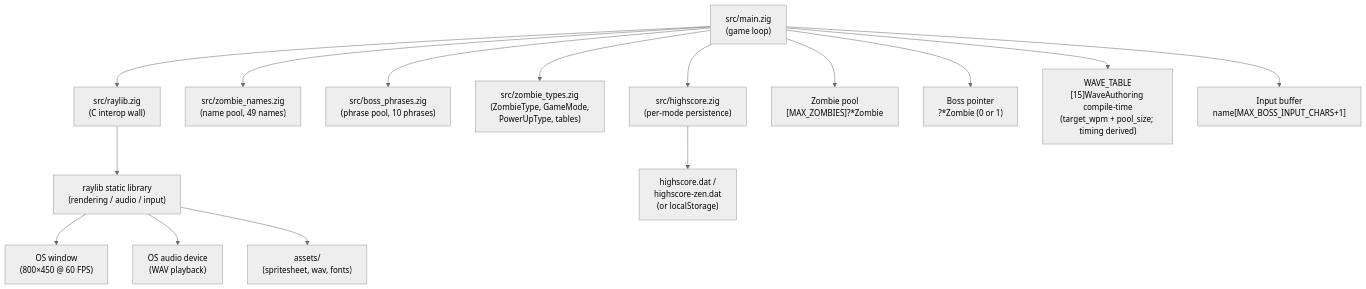
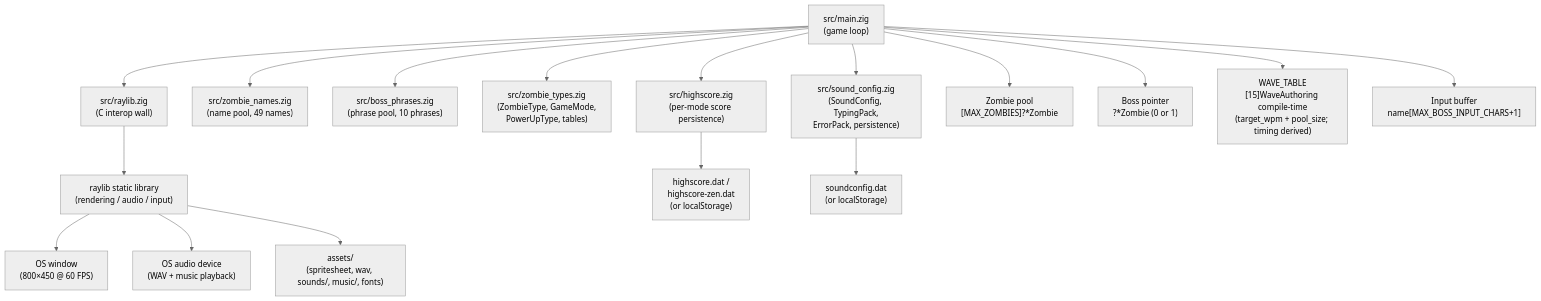
One commit to bfernandez31/death-note changed the first of 2 diagrams in specs/specifications/overview.md. Above: the diagram before and after it, drawn with Mermaid (neutral theme). The commit also changed other lines of this file and 3 other files, not shown here.

````diff
--- a/specs/specifications/overview.md
+++ b/specs/specifications/overview.md
@@ -47,33 +52,37 @@
 ```mermaid
 graph TB
     Main["src/main.zig\n(game loop)"]
     RaylibWrapper["src/raylib.zig\n(C interop wall)"]
     ZombieNames["src/zombie_names.zig\n(name pool, 49 names)"]
     BossPhrases["src/boss_phrases.zig\n(phrase pool, 10 phrases)"]
     ZombieTypes["src/zombie_types.zig\n(ZombieType, GameMode,\nPowerUpType, tables)"]
-    Highscore["src/highscore.zig\n(per-mode persistence)"]
+    Highscore["src/highscore.zig\n(per-mode score persistence)"]
+    SoundConfig["src/sound_config.zig\n(SoundConfig, TypingPack,\nErrorPack, persistence)"]
     RaylibLib["raylib static library\n(rendering / audio / input)"]
     ZombiePool["Zombie pool\n[MAX_ZOMBIES]?*Zombie"]
     BossPtr["Boss pointer\n?*Zombie (0 or 1)"]
     WaveTable["WAVE_TABLE\n[15]WaveAuthoring compile-time\n(target_wpm + pool_size; timing derived)"]
-    Assets["assets/\n(spritesheet, wav, fonts)"]
+    Assets["assets/\n(spritesheet, wav, sounds/, music/, fonts)"]
     Window["OS window\n(800×450 @ 60 FPS)"]
-    AudioDevice["OS audio device\n(WAV playback)"]
+    AudioDevice["OS audio device\n(WAV + music playback)"]
     InputBuf["Input buffer\nname[MAX_BOSS_INPUT_CHARS+1]"]
     HighscoreDat["highscore.dat /\nhighscore-zen.dat\n(or localStorage)"]
+    SoundDat["soundconfig.dat\n(or localStorage)"]
 
     Main --> RaylibWrapper
     Main --> ZombieNames
     Main --> BossPhrases
     Main --> ZombieTypes
     Main --> Highscore
+    Main --> SoundConfig
     Main --> ZombiePool
     Main --> BossPtr
     Main --> WaveTable
     Main --> InputBuf
     RaylibWrapper --> RaylibLib
     RaylibLib --> Window
     RaylibLib --> AudioDevice
     RaylibLib --> Assets
     Highscore --> HighscoreDat
+    SoundConfig --> SoundDat
 ```
````
